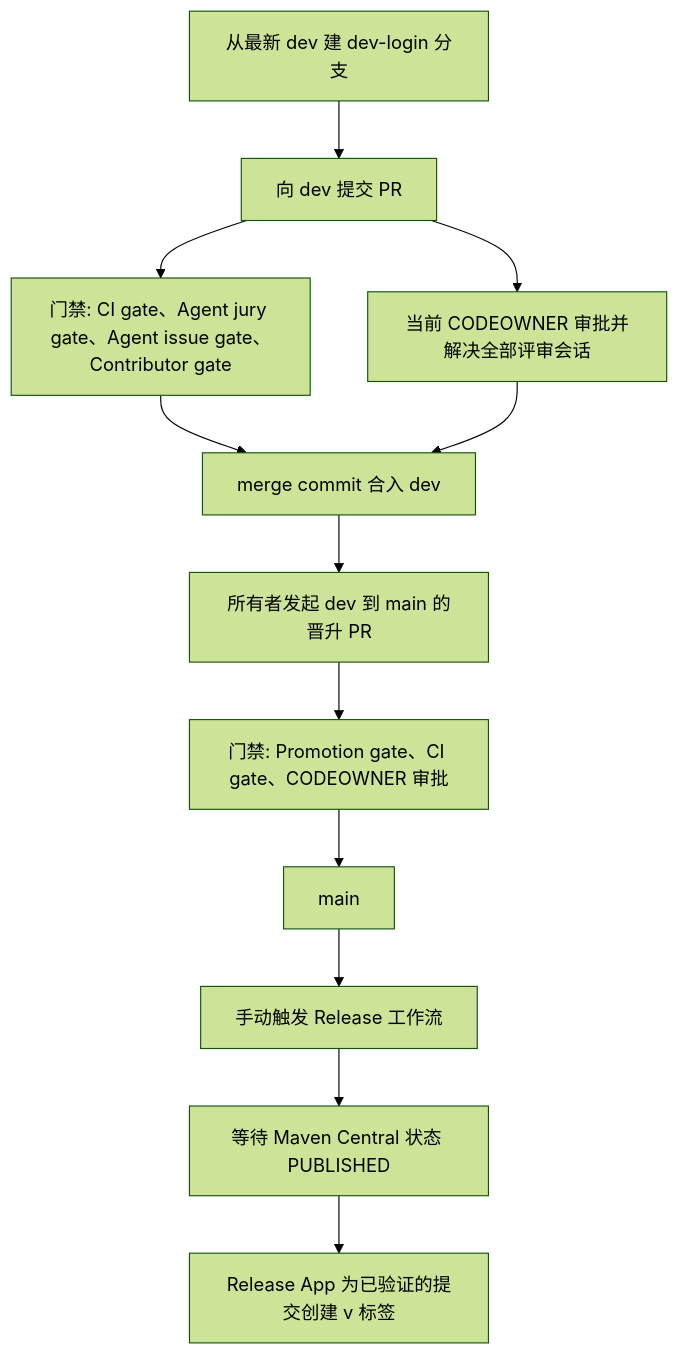
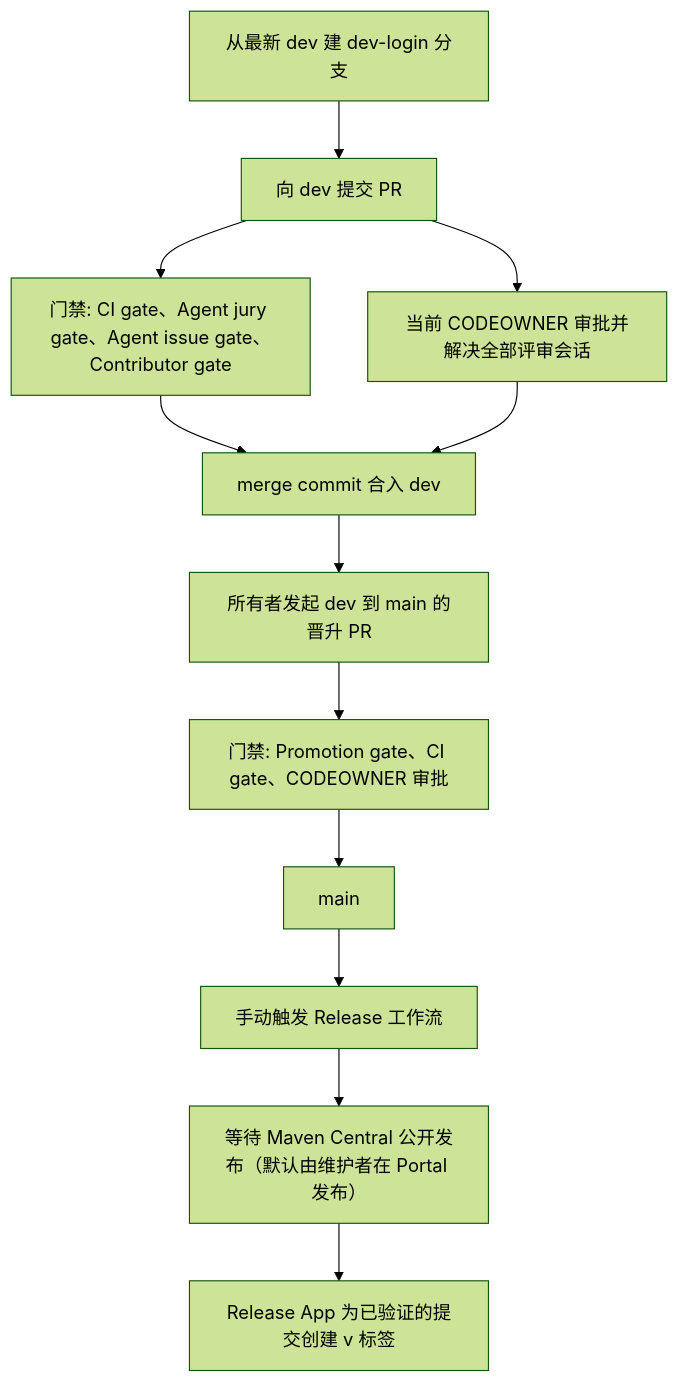
One commit to patton174/coco-framework changed the first of 2 diagrams in docs/wiki/Guide-Release-And-Workflow.md. Above: the diagram before and after it, drawn with Mermaid (forest theme). The commit also changed 8 other files, not shown here.

````diff
--- a/docs/wiki/Guide-Release-And-Workflow.md
+++ b/docs/wiki/Guide-Release-And-Workflow.md
@@ -33,14 +33,14 @@
 ```mermaid
 flowchart TD
     br["从最新 dev 建 dev-login 分支"] --> pr["向 dev 提交 PR"]
     pr --> gates["门禁: CI gate、Agent jury gate、Agent issue gate、Contributor gate"]
     pr --> review["当前 CODEOWNER 审批并解决全部评审会话"]
     gates --> mergedev["merge commit 合入 dev"]
     review --> mergedev
     mergedev --> promo["所有者发起 dev 到 main 的晋升 PR"]
     promo --> pgates["门禁: Promotion gate、CI gate、CODEOWNER 审批"]
     pgates --> mainb["main"]
     mainb --> relwf["手动触发 Release 工作流"]
-    relwf --> central["等待 Maven Central 状态 PUBLISHED"]
+    relwf --> central["等待 Maven Central 公开发布（默认由维护者在 Portal 发布）"]
     central --> tag["Release App 为已验证的提交创建 v 标签"]
 ```
````
